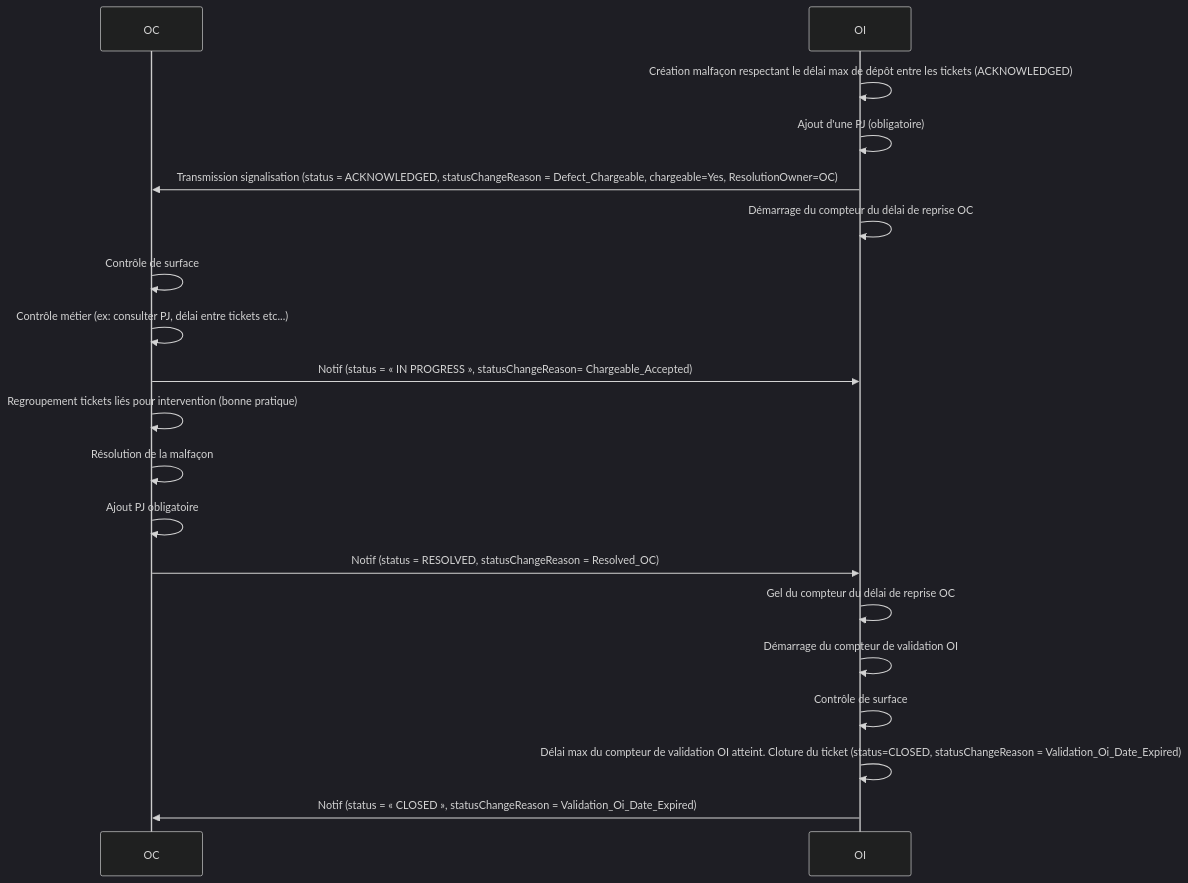
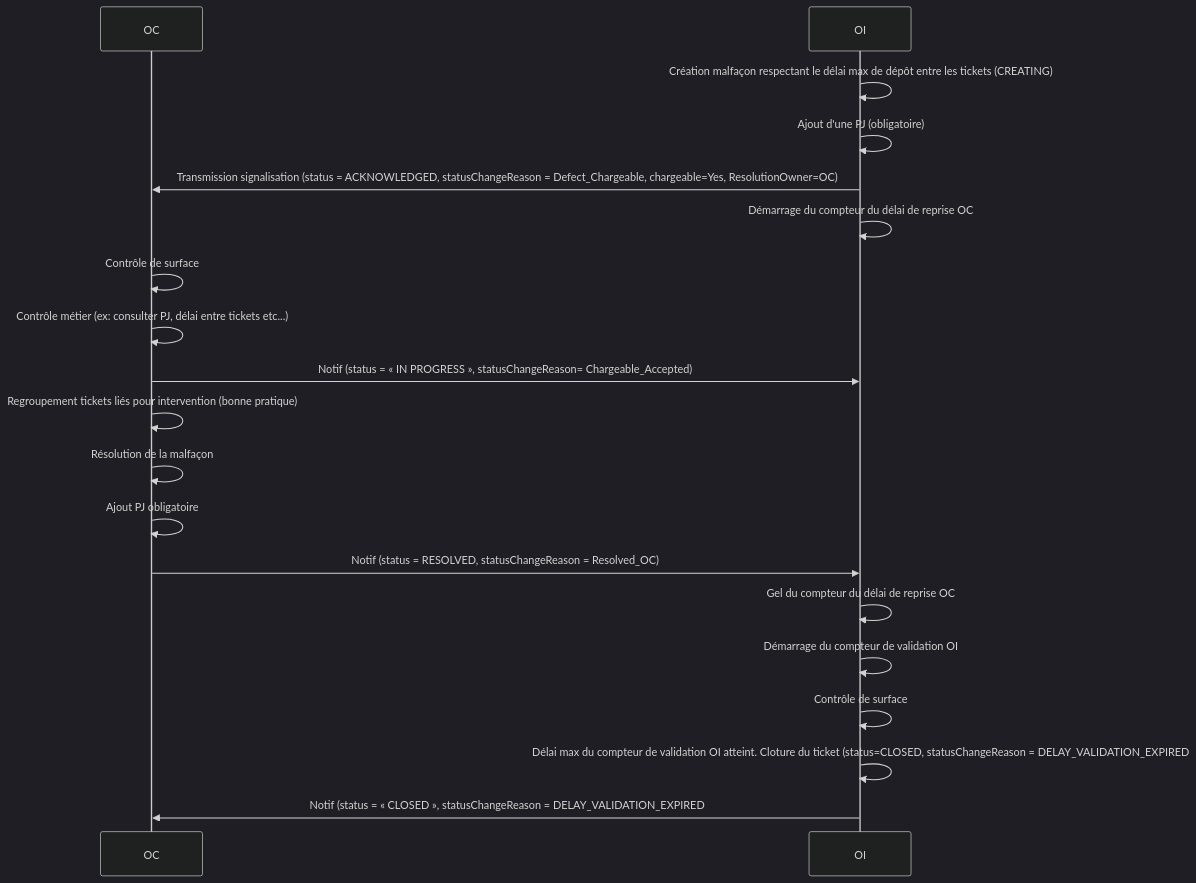
The second of 12 diagrams in README.md (before-interop/malfacon), drawn with Mermaid (dark theme) before and after one commit. The commit also changed other lines of this file and 5 other files, not shown here.

````diff
--- a/README.md
+++ b/README.md
@@ -291,23 +335,24 @@
 ```mermaid
 sequenceDiagram
 
   participant OC
   participant OI
 
-  OI->>OI: Création malfaçon respectant le délai max de dépôt entre les tickets (ACKNOWLEDGED)
+  OI->>OI: Création malfaçon respectant le délai max de dépôt entre les tickets (CREATING)
   OI->>OI: Ajout d'une PJ (obligatoire)
   OI->>OC: Transmission signalisation (status = ACKNOWLEDGED, statusChangeReason = Defect_Chargeable, chargeable=Yes, ResolutionOwner=OC)
   OI->>OI: Démarrage du compteur du délai de reprise OC
   OC->>OC: Contrôle de surface
   OC->>OC: Contrôle métier (ex: consulter PJ, délai entre tickets etc...)
-  OC->>OI: Notif (status = « IN PROGRESS », statusChangeReason= Chargeable_Accepted)
+  OC->>OI: Notif (status = « IN PROGRESS », statusChangeReason= Chargeable_Accepted)
   OC->>OC: Regroupement tickets liés pour intervention (bonne pratique)
   OC->>OC: Résolution de la malfaçon
   OC->>OC: Ajout PJ obligatoire
   OC->>OI: Notif (status = RESOLVED, statusChangeReason = Resolved_OC)
   OI->>OI: Gel du compteur du délai de reprise OC
   OI->>OI: Démarrage du compteur de validation OI
   OI->>OI: Contrôle de surface
-  OI->>OI: Délai max du compteur de validation OI atteint. Cloture du ticket  (status=CLOSED, statusChangeReason = Validation_Oi_Date_Expired)
-  OI->>OC: Notif (status = « CLOSED », statusChangeReason = Validation_Oi_Date_Expired)
+  OI->>OI: Délai max du compteur de validation OI atteint. Cloture du ticket  (status=CLOSED, statusChangeReason = DELAY_VALIDATION_EXPIRED
+)
+  OI->>OC: Notif (status = « CLOSED », statusChangeReason = DELAY_VALIDATION_EXPIRED
 ```
````
